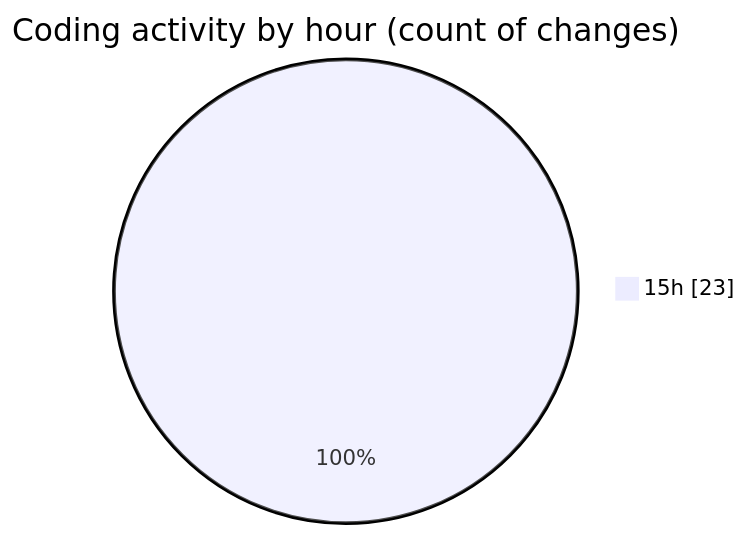
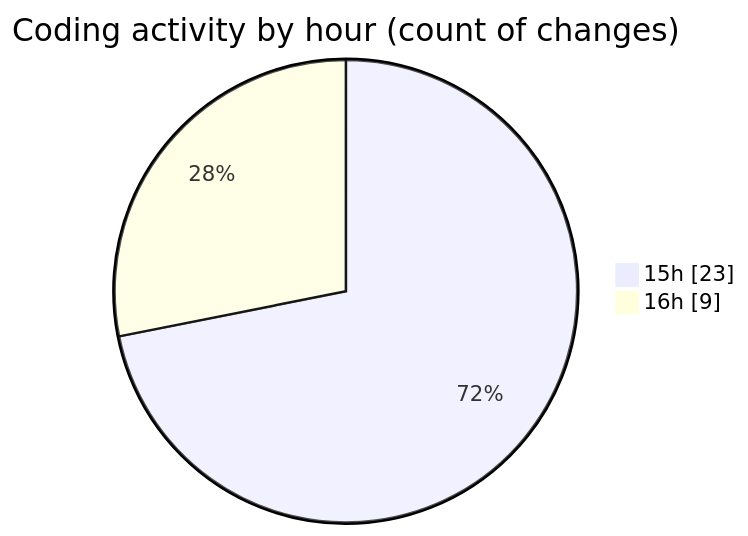
Before and after one commit to Netris89/code-tracking: the second of 2 diagrams in 2025-04-01/back-end/README.md, drawn with Mermaid. The commit also changed other lines of this file and 1 other file, not shown here.

````diff
--- a/2025-04-01/back-end/README.md
+++ b/2025-04-01/back-end/README.md
@@ -29,5 +30,6 @@
 ```mermaid
 pie showData
 title Coding activity by hour (count of changes)
 "15h" : 23
+"16h" : 9
 ```
````
